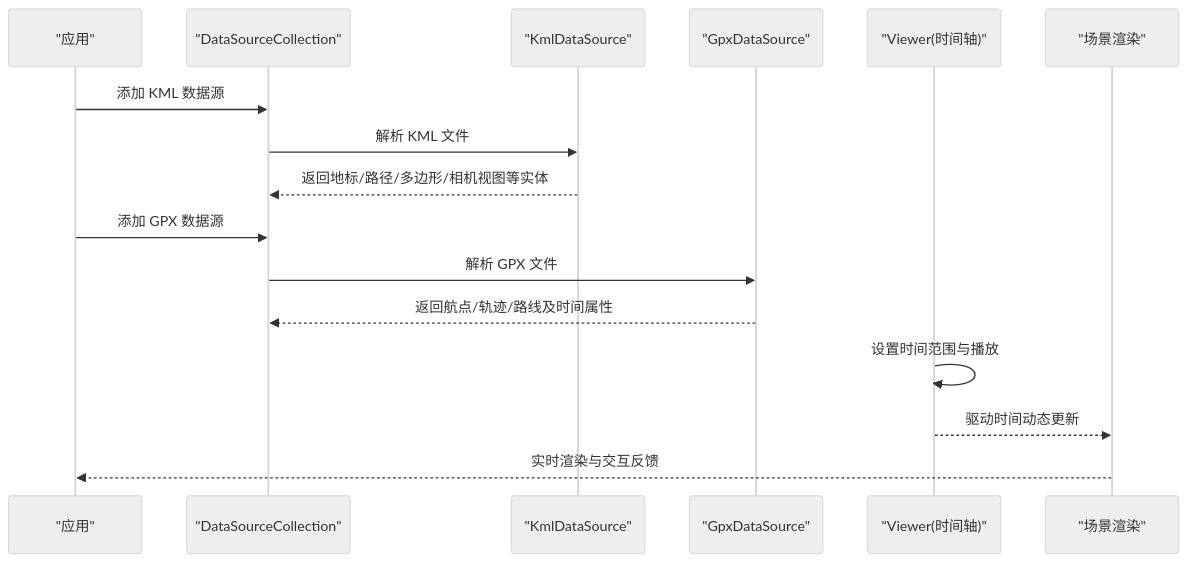
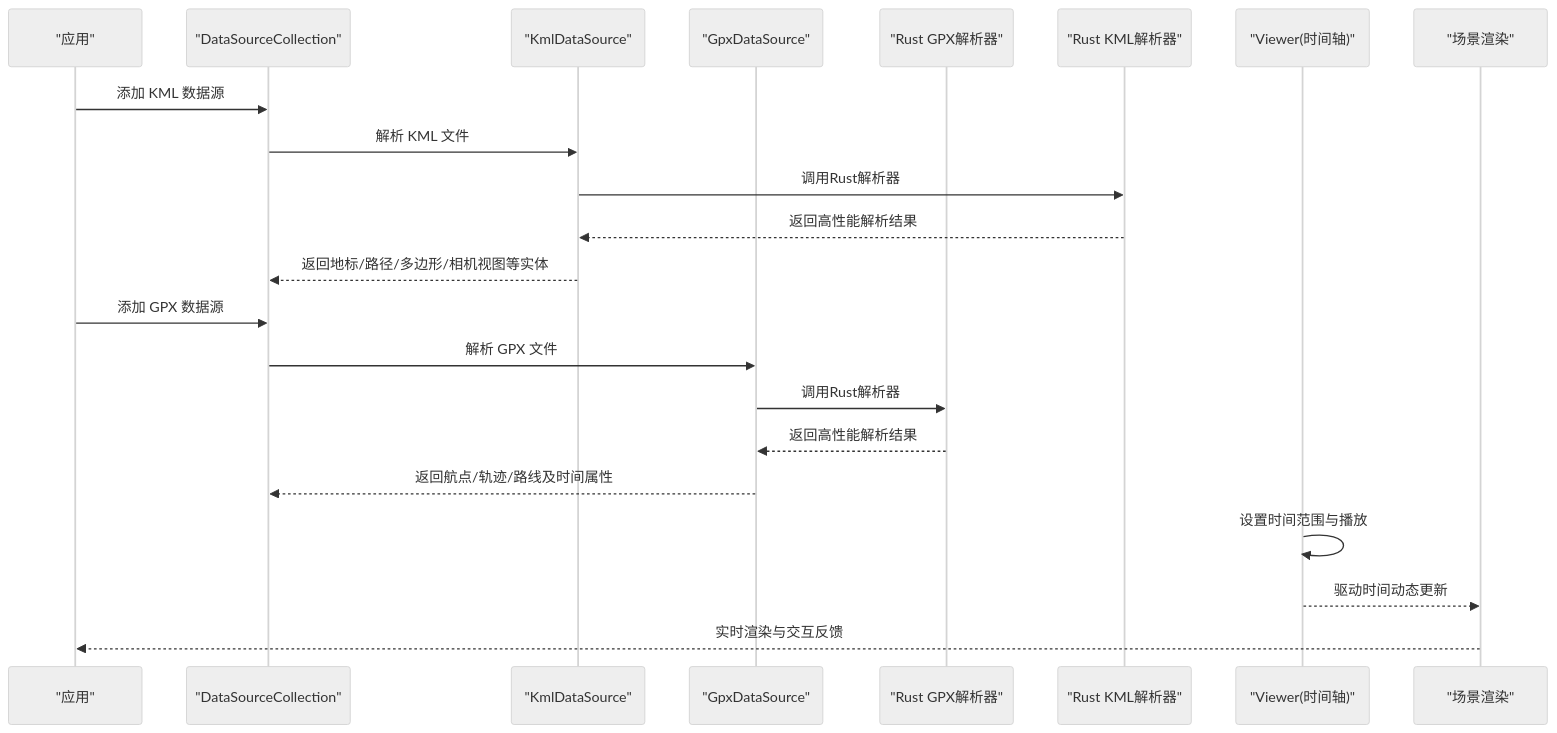
Before and after one commit to rzhangjing/cesium: the second of 8 diagrams in .qoder/repowiki/zh/content/示例教程/数据加载示例/KML和GPX数据加载.md, drawn with Mermaid (neutral theme). The commit also changed other lines of this file and 74 other files, not shown here.

````diff
--- a/.qoder/repowiki/zh/content/示例教程/数据加载示例/KML和GPX数据加载.md
+++ b/.qoder/repowiki/zh/content/示例教程/数据加载示例/KML和GPX数据加载.md
@@ -127,18 +152,24 @@
 ```mermaid
 sequenceDiagram
 participant App as "应用"
 participant DS as "DataSourceCollection"
 participant KML as "KmlDataSource"
 participant GPX as "GpxDataSource"
+participant RustGPX as "Rust GPX解析器"
+participant RustKML as "Rust KML解析器"
 participant V as "Viewer(时间轴)"
 participant Scene as "场景渲染"
 App->>DS : 添加 KML 数据源
 DS->>KML : 解析 KML 文件
+KML->>RustKML : 调用Rust解析器
+RustKML-->>KML : 返回高性能解析结果
 KML-->>DS : 返回地标/路径/多边形/相机视图等实体
 App->>DS : 添加 GPX 数据源
 DS->>GPX : 解析 GPX 文件
+GPX->>RustGPX : 调用Rust解析器
+RustGPX-->>GPX : 返回高性能解析结果
 GPX-->>DS : 返回航点/轨迹/路线及时间属性
 V->>V : 设置时间范围与播放
 V-->>Scene : 驱动时间动态更新
 Scene-->>App : 实时渲染与交互反馈
 ```
````
